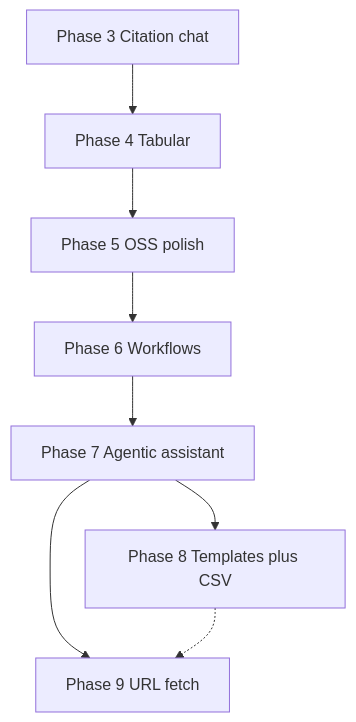
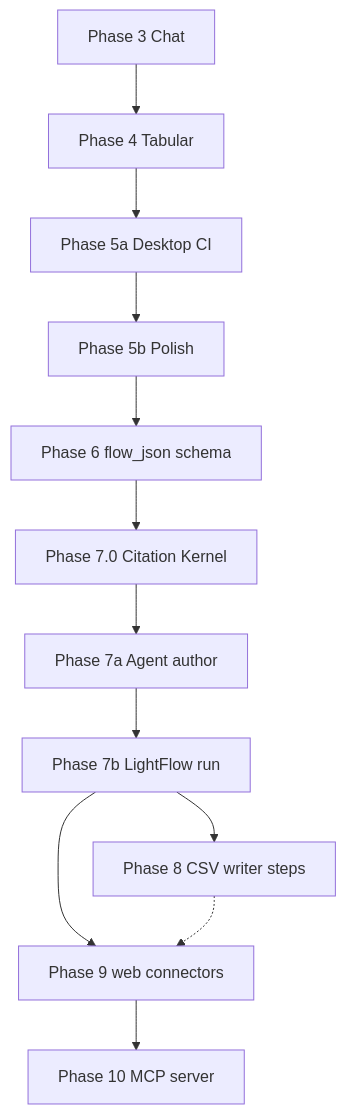
Diagram 15 of 15 in docs/ARCHITECTURE.md (iamsaurabhc/picard-oss), drawn with Mermaid before and after one commit. The commit also changed other lines of this file and 31 other files, not shown here.

First line of the commit message:
Implement Phase 6: Workflow Library and Enhance Chat Integration

````diff
--- a/docs/ARCHITECTURE.md
+++ b/docs/ARCHITECTURE.md
@@ -1960,10 +2728,14 @@
 ```mermaid
 flowchart TD
-  P3[Phase 3 Citation chat] --> P4[Phase 4 Tabular]
-  P4 --> P5[Phase 5 OSS polish]
-  P5 --> P6[Phase 6 Workflows]
-  P6 --> P7[Phase 7 Agentic assistant]
-  P7 --> P8[Phase 8 Templates plus CSV]
-  P7 --> P9[Phase 9 URL fetch]
+  P3[Phase 3 Chat] --> P4[Phase 4 Tabular]
+  P4 --> P5a[Phase 5a Desktop CI]
+  P5a --> P5b[Phase 5b Polish]
+  P5b --> P6[Phase 6 flow_json schema]
+  P6 --> P70[Phase 7.0 Citation Kernel]
+  P70 --> P7a[Phase 7a Agent author]
+  P7a --> P7b[Phase 7b LightFlow run]
+  P7b --> P8[Phase 8 CSV writer steps]
+  P7b --> P9[Phase 9 web connectors]
   P8 -.-> P9
+  P9 --> P10[Phase 10 MCP server]
 ```
````
